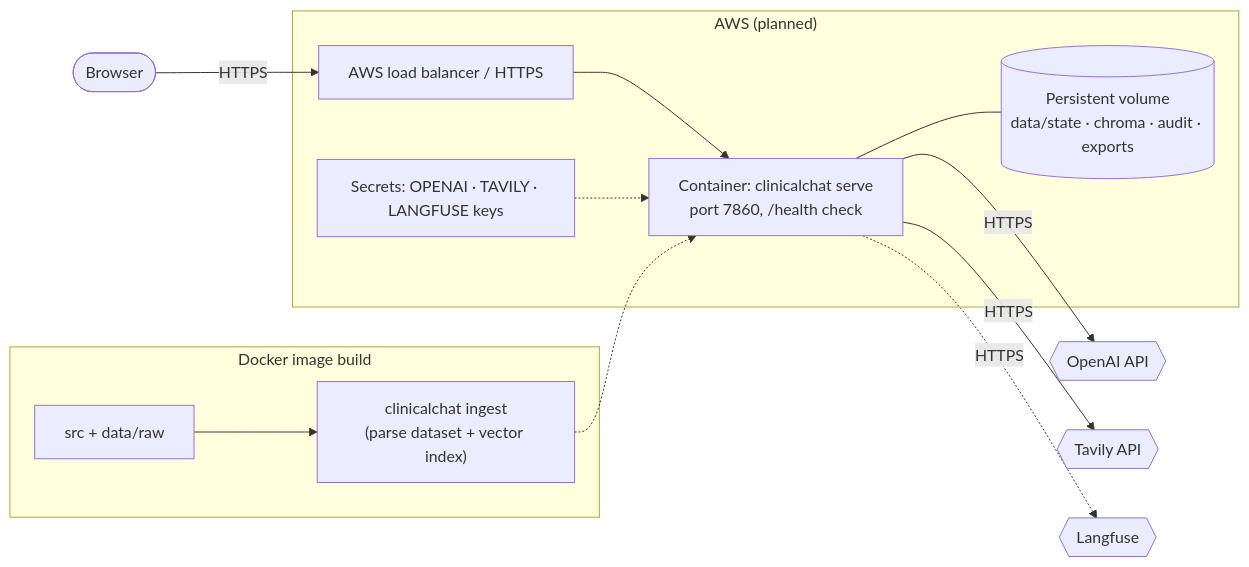
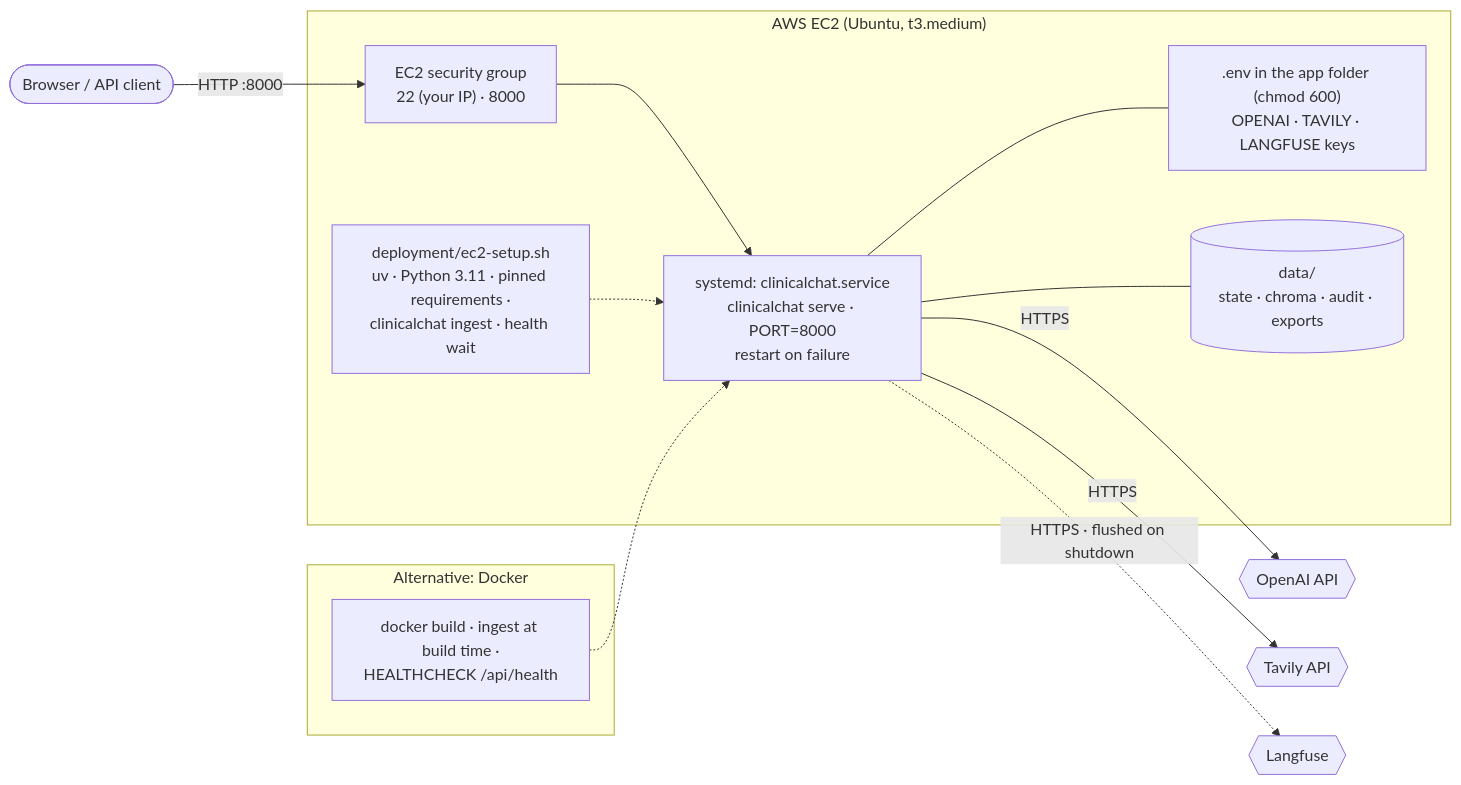
The diagram in docs/diagrams/src/08-deployment.mmd (surisuraj9/ClinicalChat), drawn with Mermaid before and after one commit. The commit also changed 67 other files, not shown here.

```diff
--- a/docs/diagrams/src/08-deployment.mmd
+++ b/docs/diagrams/src/08-deployment.mmd
@@ -1,14 +1,15 @@
 flowchart LR
-    U([Browser]) -->|"HTTPS"| ALB["AWS load balancer / HTTPS"]
-    subgraph AWS["AWS (planned)"]
-        ALB --> APP["Container: clinicalchat serve<br/>port 7860, /health check"]
-        APP --- VOL[("Persistent volume<br/>data/state · chroma · audit · exports")]
-        SEC["Secrets: OPENAI · TAVILY · LANGFUSE keys"] -.-> APP
+    U([Browser / API client]) -->|"HTTP :8000"| SG["EC2 security group<br/>22 (your IP) · 8000"]
+    subgraph EC2["AWS EC2 (Ubuntu, t3.medium)"]
+        SG --> SVC["systemd: clinicalchat.service<br/>clinicalchat serve · PORT=8000<br/>restart on failure"]
+        SVC --- ENV[".env in the app folder (chmod 600)<br/>OPENAI · TAVILY · LANGFUSE keys"]
+        SVC --- VOL[("data/<br/>state · chroma · audit · exports")]
+        SETUP["deployment/ec2-setup.sh<br/>uv · Python 3.11 · pinned requirements ·<br/>clinicalchat ingest · health wait"] -.-> SVC
     end
-    APP -->|"HTTPS"| OAI{{"OpenAI API"}}
-    APP -->|"HTTPS"| TAV{{"Tavily API"}}
-    APP -.->|"HTTPS"| LF{{"Langfuse"}}
-    subgraph BUILD["Docker image build"]
-        SRC["src + data/raw"] --> ING["clinicalchat ingest<br/>(parse dataset + vector index)"]
+    SVC -->|"HTTPS"| OAI{{"OpenAI API"}}
+    SVC -->|"HTTPS"| TAV{{"Tavily API"}}
+    SVC -.->|"HTTPS · flushed on shutdown"| LF{{"Langfuse"}}
+    subgraph ALT["Alternative: Docker"]
+        IMG["docker build · ingest at build time ·<br/>HEALTHCHECK /api/health"]
     end
-    ING -.-> APP
+    IMG -.-> SVC
```
